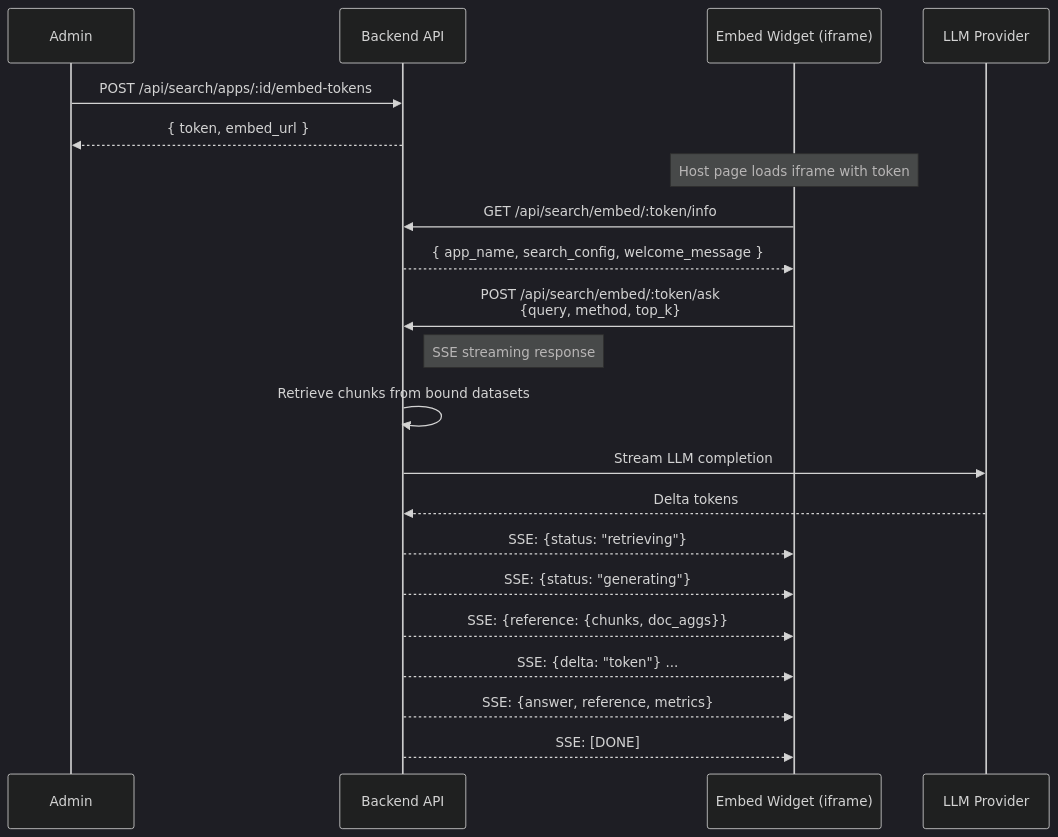
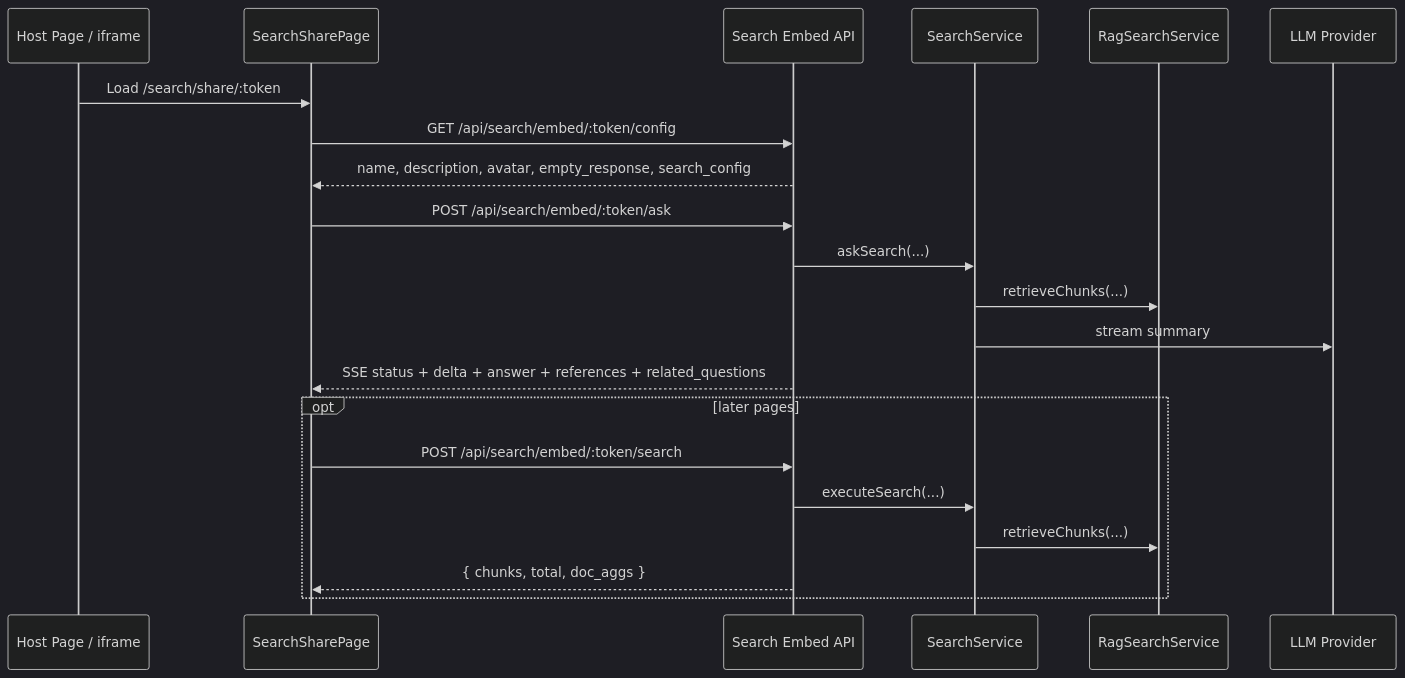
One commit to b-knowledge-solution/b-knowledge changed the second of 2 diagrams in docs/detail-design/search/embed-widget.md. Above: the diagram before and after it, drawn with Mermaid (dark theme). The commit also changed other lines of this file and 83 other files, not shown here.

````diff
--- a/docs/detail-design/search/embed-widget.md
+++ b/docs/detail-design/search/embed-widget.md
@@ -30,28 +57,26 @@
 ```mermaid
 sequenceDiagram
-    participant Admin
-    participant BE as Backend API
-    participant Widget as Embed Widget (iframe)
+    participant Host as Host Page / iframe
+    participant Share as SearchSharePage
+    participant BE as Search Embed API
+    participant Search as SearchService
+    participant RAG as RagSearchService
     participant LLM as LLM Provider
 
-    Admin->>BE: POST /api/search/apps/:id/embed-tokens
-    BE-->>Admin: { token, embed_url }
+    Host->>Share: Load /search/share/:token
+    Share->>BE: GET /api/search/embed/:token/config
+    BE-->>Share: name, description, avatar, empty_response, search_config
 
-    Note over Widget: Host page loads iframe with token
+    Share->>BE: POST /api/search/embed/:token/ask
+    BE->>Search: askSearch(...)
+    Search->>RAG: retrieveChunks(...)
+    Search->>LLM: stream summary
+    BE-->>Share: SSE status + delta + answer + references + related_questions
 
-    Widget->>BE: GET /api/search/embed/:token/info
-    BE-->>Widget: { app_name, search_config, welcome_message }
-
-    Widget->>BE: POST /api/search/embed/:token/ask<br/>{query, method, top_k}
-    Note right of BE: SSE streaming response
-
-    BE->>BE: Retrieve chunks from bound datasets
-    BE->>LLM: Stream LLM completion
-    LLM-->>BE: Delta tokens
-    BE-->>Widget: SSE: {status: "retrieving"}
-    BE-->>Widget: SSE: {status: "generating"}
-    BE-->>Widget: SSE: {reference: {chunks, doc_aggs}}
-    BE-->>Widget: SSE: {delta: "token"} ...
-    BE-->>Widget: SSE: {answer, reference, metrics}
-    BE-->>Widget: SSE: [DONE]
+    opt later pages
+        Share->>BE: POST /api/search/embed/:token/search
+        BE->>Search: executeSearch(...)
+        Search->>RAG: retrieveChunks(...)
+        BE-->>Share: { chunks, total, doc_aggs }
+    end
 ```
````
